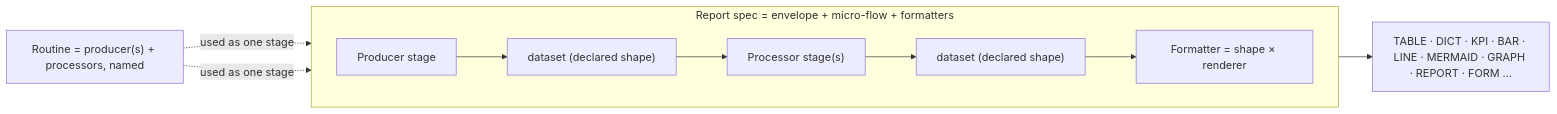
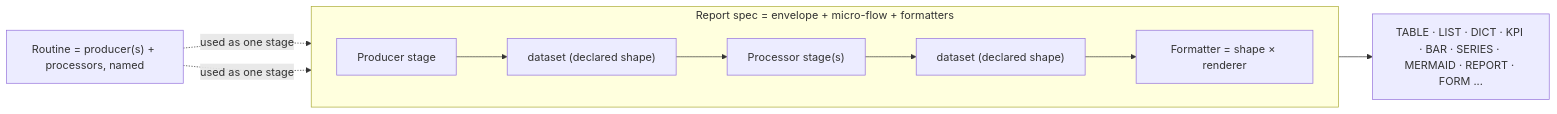
One commit to odpi/egeria-workspaces changed the first of 2 diagrams in portal-docs/Internals/report-spec-pipeline-model.md. Above: the diagram before and after it, drawn with Mermaid. The commit also changed other lines of this file and 1 other file, not shown here.

First line of the commit message:
docs(portal): report-spec micro-flow model v5.3 — Egeria mapping summary

````diff
--- a/portal-docs/Internals/report-spec-pipeline-model.md
+++ b/portal-docs/Internals/report-spec-pipeline-model.md
@@ -78,13 +95,13 @@
 ```mermaid
 flowchart LR
   subgraph spec["Report spec = envelope + micro-flow + formatters"]
     direction LR
     P["Producer stage"] --> D1["dataset (declared shape)"]
     D1 --> X["Processor stage(s)"]
     X --> D2["dataset (declared shape)"]
     D2 --> F["Formatter = shape × renderer"]
   end
-  F --> O["TABLE · DICT · KPI · BAR · LINE · MERMAID · GRAPH · REPORT · FORM ..."]
+  F --> O["TABLE · LIST · DICT · KPI · BAR · SERIES · MERMAID · REPORT · FORM ..."]
   R["Routine = producer(s) + processors, named"] -. "used as one stage" .-> P
   R -. "used as one stage" .-> X
 ```
````
